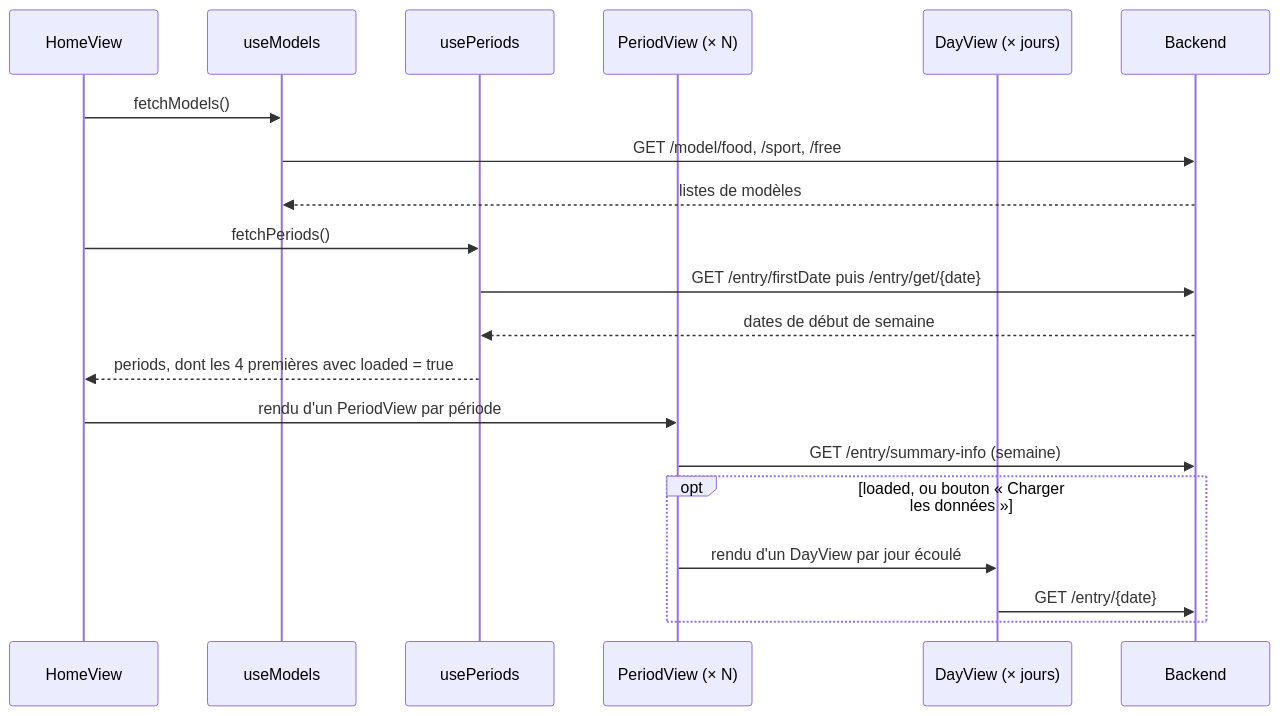
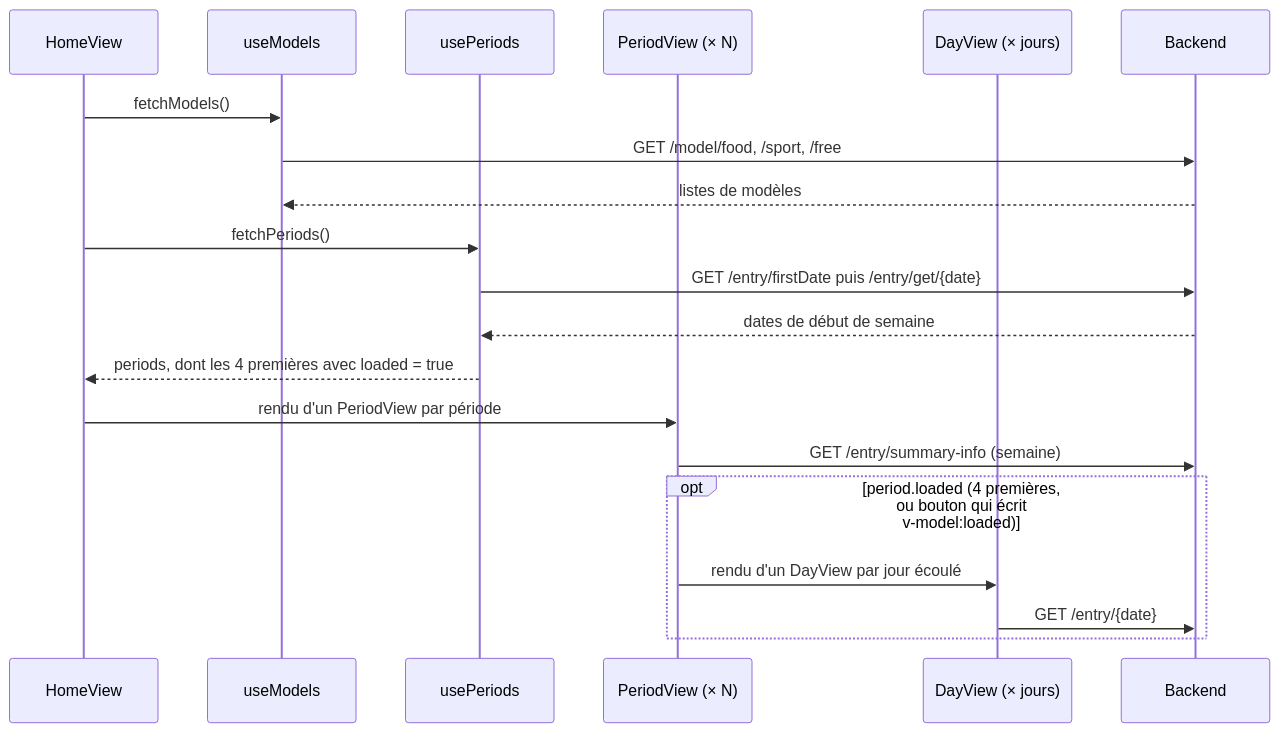
Diagram 12 of 16 in docs/dependances.md (brieuc/dailyvue), drawn with Mermaid before and after one commit. The commit also changed other lines of this file and 30 other files, not shown here.

````diff
--- a/docs/dependances.md
+++ b/docs/dependances.md
@@ -315,23 +321,23 @@
 ```mermaid
 sequenceDiagram
     participant H as HomeView
     participant M as useModels
     participant P as usePeriods
     participant PV as PeriodView (× N)
     participant D as DayView (× jours)
     participant B as Backend
 
     H->>M: fetchModels()
     M->>B: GET /model/food, /sport, /free
     B-->>M: listes de modèles
     H->>P: fetchPeriods()
     P->>B: GET /entry/firstDate puis /entry/get/{date}
     B-->>P: dates de début de semaine
     P-->>H: periods, dont les 4 premières avec loaded = true
     H->>PV: rendu d'un PeriodView par période
     PV->>B: GET /entry/summary-info (semaine)
-    opt loaded, ou bouton « Charger les données »
+    opt period.loaded (4 premières, ou bouton qui écrit v-model:loaded)
         PV->>D: rendu d'un DayView par jour écoulé
         D->>B: GET /entry/{date}
     end
 ```
````
